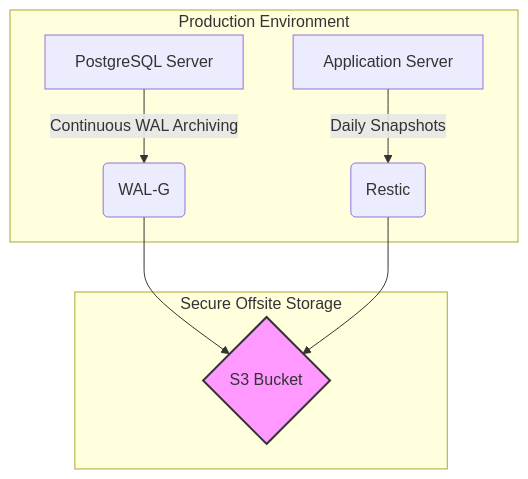
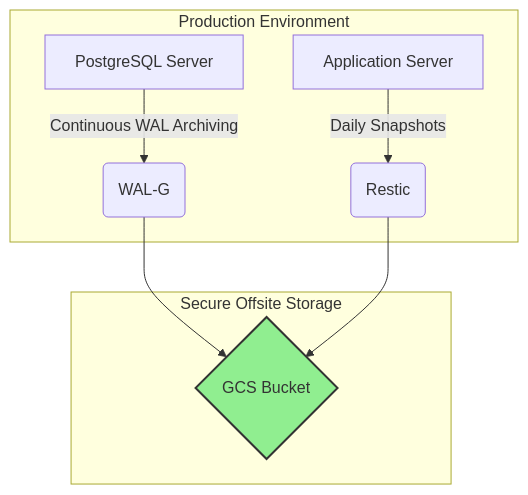
Before and after one commit to amirhossein-moloki/django-ecommerce-api: the diagram in backup/README.md, drawn with Mermaid. The commit also changed other lines of this file and 4 other files, not shown here.

````diff
--- a/backup/README.md
+++ b/backup/README.md
@@ -14,14 +14,14 @@
 ```mermaid
 graph TD
     subgraph "Production Environment"
         A[PostgreSQL Server] -->|Continuous WAL Archiving| B(WAL-G)
         C[Application Server] -->|Daily Snapshots| D(Restic)
     end
 
     subgraph "Secure Offsite Storage"
-        B --> E{S3 Bucket}
+        B --> E{GCS Bucket}
         D --> E
     end
 
-    style E fill:#f9f,stroke:#333,stroke-width:2px
+    style E fill:#90ee90,stroke:#333,stroke-width:2px
 ```
````
